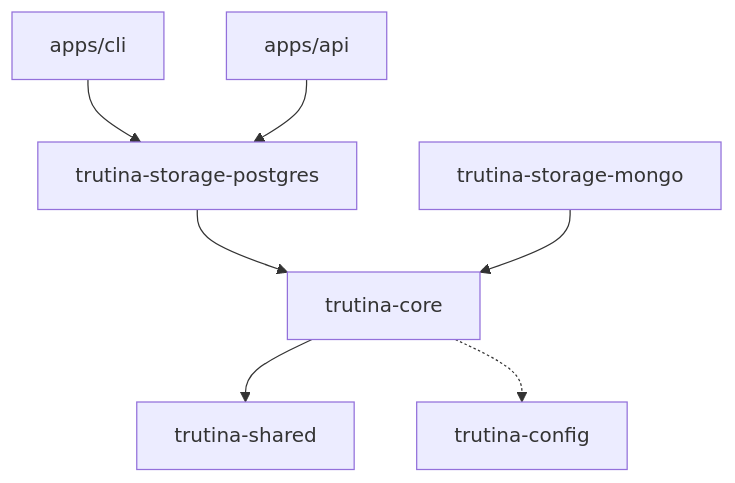
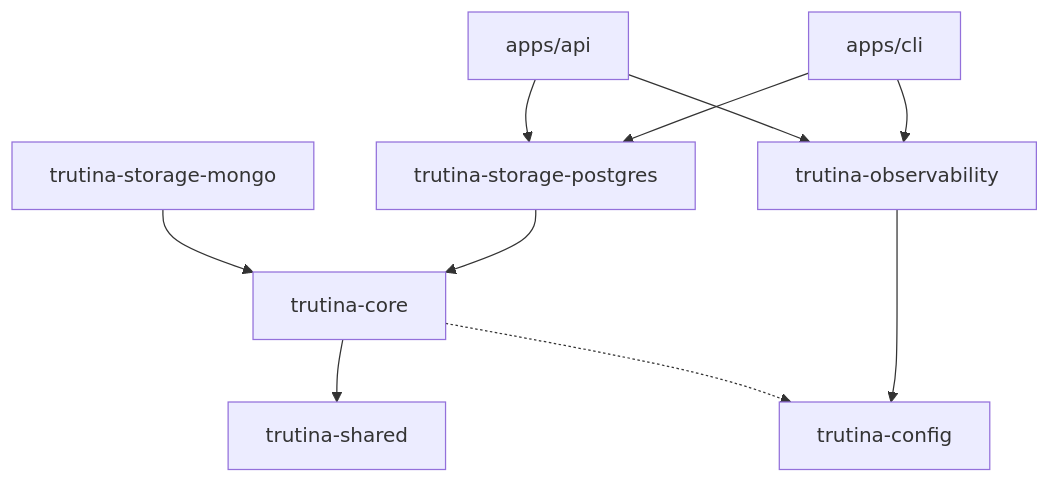
Before and after one commit to Mofathy183/trutina: the diagram in README.md, drawn with Mermaid. The commit also changed other lines of this file, not shown here.

First line of the commit message:
docs: add observability package and logging boundaries to README

````diff
--- a/README.md
+++ b/README.md
@@ -22,9 +22,12 @@
 ```mermaid
 flowchart TD
     CLI[apps/cli] --> STORAGE_PG[trutina-storage-postgres]
+    CLI --> OBS[trutina-observability]
     API[apps/api] --> STORAGE_PG
+    API --> OBS
     STORAGE_PG --> CORE[trutina-core]
     STORAGE_MONGO[trutina-storage-mongo] --> CORE
+    OBS --> CONFIG[trutina-config]
     CORE --> SHARED[trutina-shared]
-    CORE -.-> CONFIG[trutina-config]
+    CORE -.-> CONFIG
 ```
````
